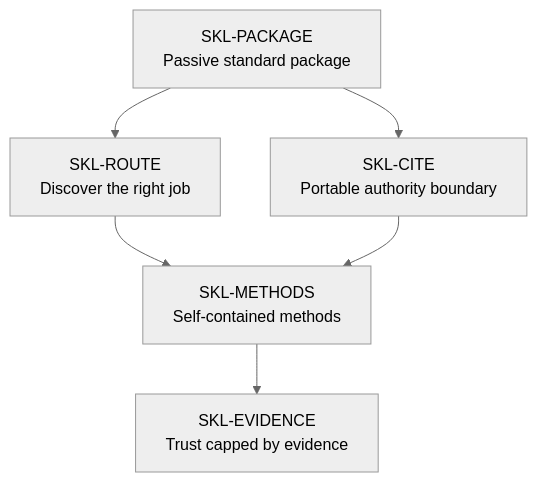
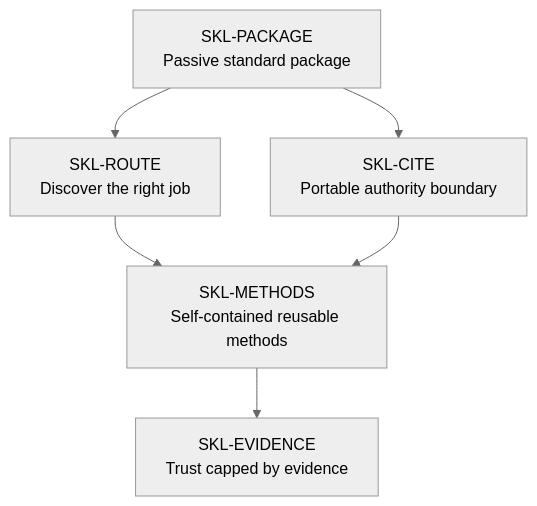
One commit to SylphxAI/skills changed the diagram in docs/capabilities.md. Above: the diagram before and after it, drawn with Mermaid (neutral theme). The commit also changed other lines of this file and 1 other file, not shown here.

First line of the commit message:
docs: lock identity graph fates (#204)

````diff
--- a/docs/capabilities.md
+++ b/docs/capabilities.md
@@ -13,14 +18,14 @@
 ```mermaid
 flowchart TD
   SKL_PACKAGE["SKL-PACKAGE<br/>Passive standard package"]
   SKL_ROUTE["SKL-ROUTE<br/>Discover the right job"]
   SKL_CITE["SKL-CITE<br/>Portable authority boundary"]
-  SKL_METHODS["SKL-METHODS<br/>Self-contained methods"]
+  SKL_METHODS["SKL-METHODS<br/>Self-contained reusable methods"]
   SKL_EVIDENCE["SKL-EVIDENCE<br/>Trust capped by evidence"]
 
   SKL_PACKAGE --> SKL_ROUTE
   SKL_PACKAGE --> SKL_CITE
   SKL_ROUTE --> SKL_METHODS
   SKL_CITE --> SKL_METHODS
   SKL_METHODS --> SKL_EVIDENCE
 ```
````
